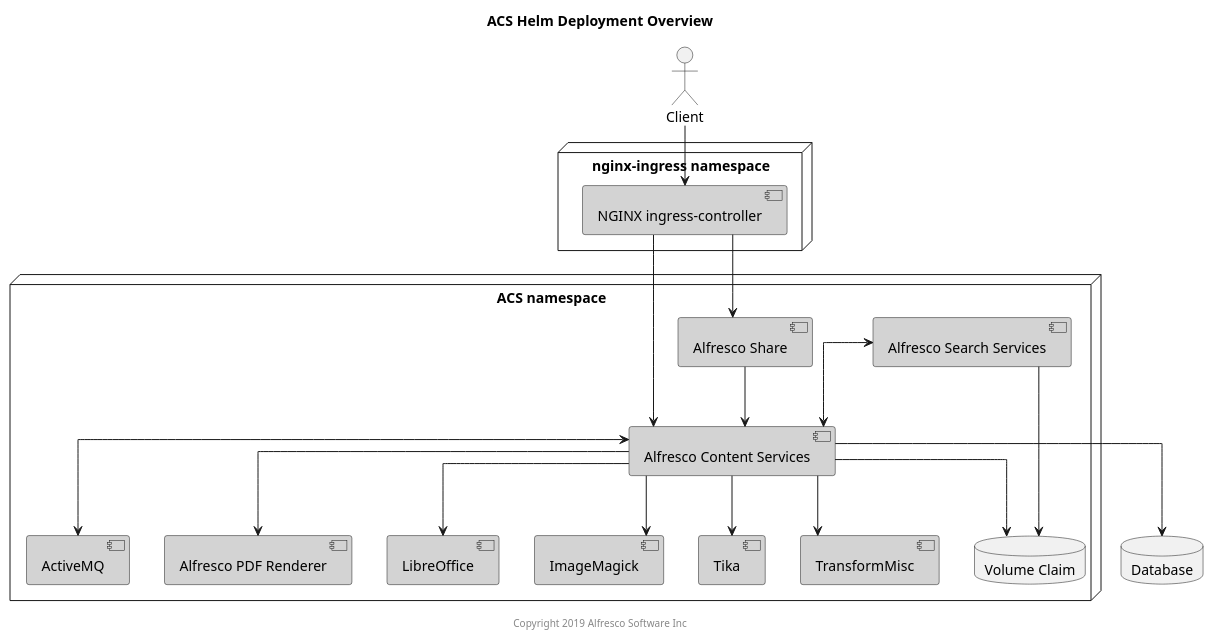
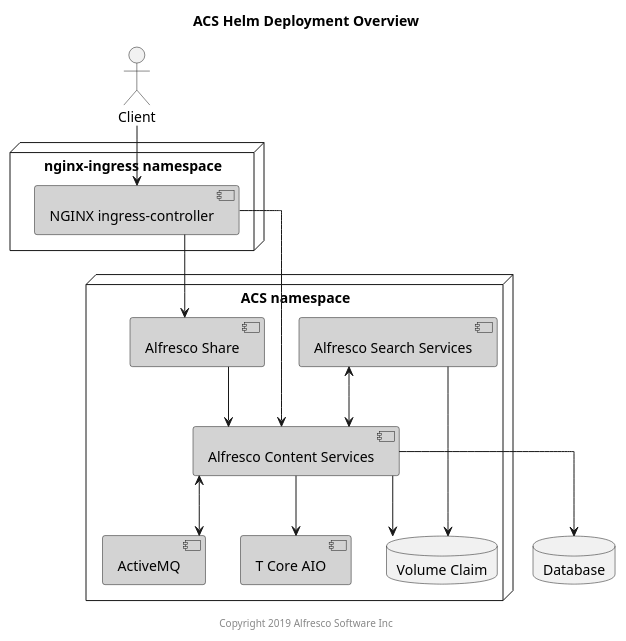
One commit to AlfrescoArchive/acs-community-deployment changed the diagram in docs/diagrams/helm-chart/helm-components.puml. Above: the diagram before and after it, drawn with PlantUML. The commit also changed 22 other files, not shown here.

```diff
--- a/docs/diagrams/helm-chart/helm-components.puml
+++ b/docs/diagrams/helm-chart/helm-components.puml
@@ -1,54 +1,46 @@
 @startuml
 
 Title: ACS Helm Deployment Overview
 
 skinparam componentStyle uml2
 skinparam linetype ortho
 skinparam rectangle {
     BorderStyle dashed
     FontSize 15
     FontStyle none
 }
 
 actor Client
 
 node "nginx-ingress namespace" {
     component "NGINX ingress-controller" as nginx #lightgrey
 }
 
 node "ACS namespace" {
     component "Alfresco Content Services" as acs #lightgrey
     component "Alfresco Search Services" as ass #lightgrey
     component "Alfresco Share" as share #lightgrey
     database "Volume Claim" as vc
     component "ActiveMQ" as amq #lightgrey
-    component "Alfresco PDF Renderer" as pdfr #lightgrey
-    component "LibreOffice" as libr #lightgrey
-    component "ImageMagick" as img #lightgrey
-    component "Tika" as tika #lightgrey
-    component "TransformMisc" as misc #lightgrey
+    component "T Core AIO" as aio #lightgrey
 }
 
 database "Database" as db
 
 Client --> nginx
 
 nginx --> acs
 nginx --> share
 
 acs --> vc
 ass --> vc
 
 ass <--> acs
 acs --> db
-acs --> pdfr
-acs --> libr
-acs --> img
-acs --> tika
-acs --> misc
+acs --> aio
 acs <--> amq
 share --> acs
 
 center footer Copyright 2019 Alfresco Software Inc
 
 @enduml
```
